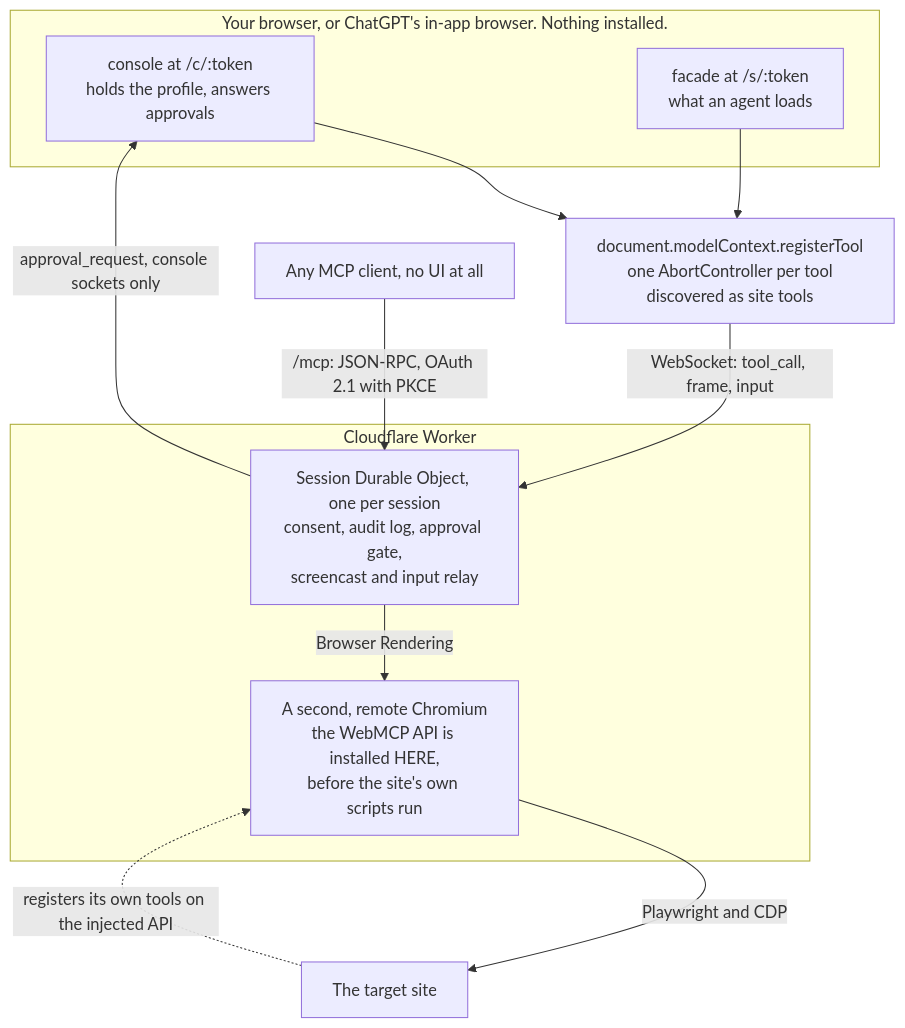
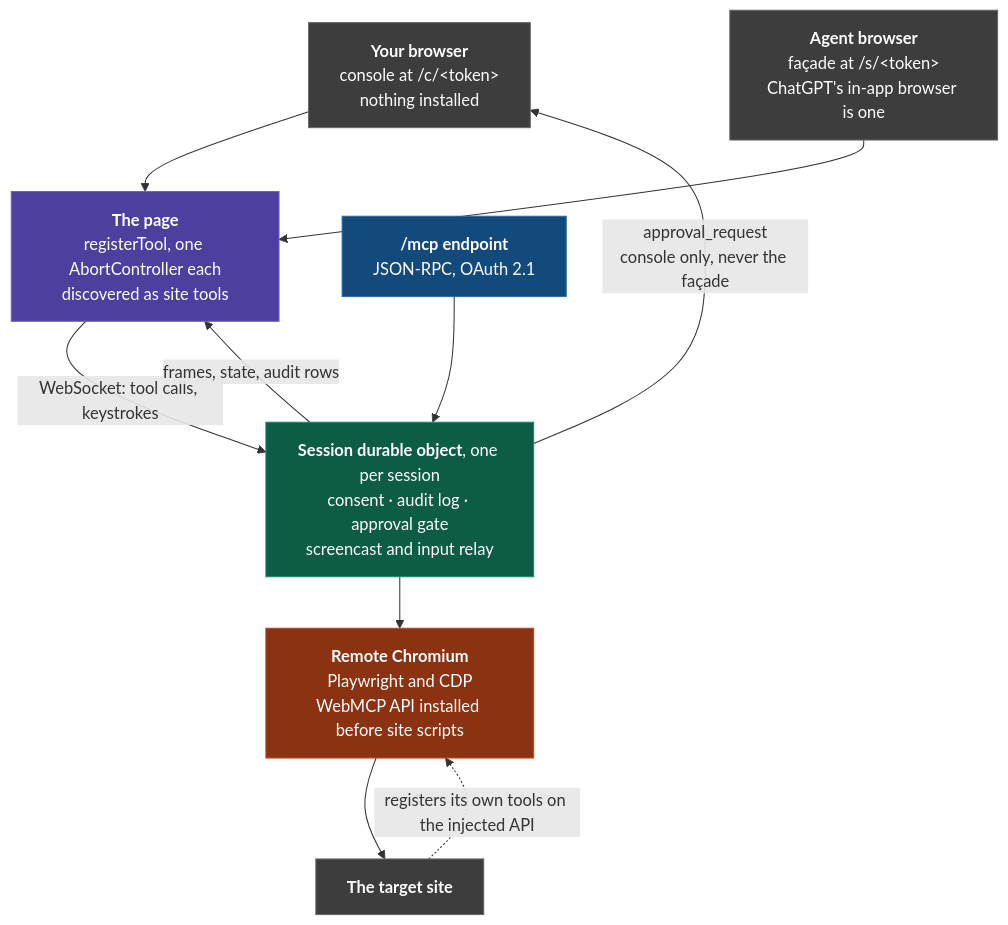
One commit to diydan/mcpmatic changed the diagram in README.md. Above: the diagram before and after it, drawn with Mermaid. The commit also changed other lines of this file, not shown here.

First paragraph of the commit message:
docs: match the cleaner diagram layout, keeping what it left out
Adopts the flatter shape and the colour coding, which read better than the
subgraphs did, and restores three things that version dropped.

````diff
--- a/README.md
+++ b/README.md
@@ -103,26 +103,28 @@
 ```mermaid
 flowchart TD
-    subgraph yours["Your browser, or ChatGPT's in-app browser. Nothing installed."]
-        console["console at /c/:token<br/>holds the profile, answers approvals"]
-        facade["facade at /s/:token<br/>what an agent loads"]
-    end
+    you["<b>Your browser</b><br/>console at /c/&lt;token&gt;<br/>nothing installed"]
+    agent["<b>Agent browser</b><br/>façade at /s/&lt;token&gt;<br/>ChatGPT's in-app browser is one"]
+    page["<b>The page</b><br/>registerTool, one AbortController each<br/>discovered as site tools"]
+    mcp["<b>/mcp endpoint</b><br/>JSON-RPC, OAuth 2.1"]
+    do["<b>Session durable object</b>, one per session<br/>consent · audit log · approval gate<br/>screencast and input relay"]
+    chromium["<b>Remote Chromium</b><br/>Playwright and CDP<br/>WebMCP API installed before site scripts"]
+    site["<b>The target site</b>"]
 
-    reg["document.modelContext.registerTool<br/>one AbortController per tool<br/>discovered as site tools"]
-    client["Any MCP client, no UI at all"]
+    you --> page
+    agent --> page
+    page -- "WebSocket: tool calls, keystrokes" --> do
+    do -- "frames, state, audit rows" --> page
+    do -- "approval_request<br/>console only, never the façade" --> you
+    mcp --> do
+    do --> chromium
+    chromium --> site
+    site -. "registers its own tools on the injected API" .-> chromium
 
-    subgraph cf["Cloudflare Worker"]
-        do["Session Durable Object, one per session<br/>consent, audit log, approval gate,<br/>screencast and input relay"]
-        chromium["A second, remote Chromium<br/>the WebMCP API is installed HERE,<br/>before the site's own scripts run"]
-    end
-
-    site["The target site"]
-
-    console --> reg
-    facade --> reg
-    reg -- "WebSocket: tool_call, frame, input" --> do
-    do -- "approval_request, console sockets only" --> console
-    client -- "/mcp: JSON-RPC, OAuth 2.1 with PKCE" --> do
-    do -- "Browser Rendering" --> chromium
-    chromium -- "Playwright and CDP" --> site
-    site -. "registers its own tools on the injected API" .-> chromium
+    style you fill:#3d3d3d,stroke:#666,color:#fff
+    style agent fill:#3d3d3d,stroke:#666,color:#fff
+    style page fill:#4c3f9e,stroke:#6f5fd0,color:#fff
+    style mcp fill:#134a7c,stroke:#2a6ba8,color:#fff
+    style do fill:#0d5c46,stroke:#1a8a6a,color:#fff
+    style chromium fill:#8a3212,stroke:#b8481f,color:#fff
+    style site fill:#3d3d3d,stroke:#666,color:#fff
 ```
````
